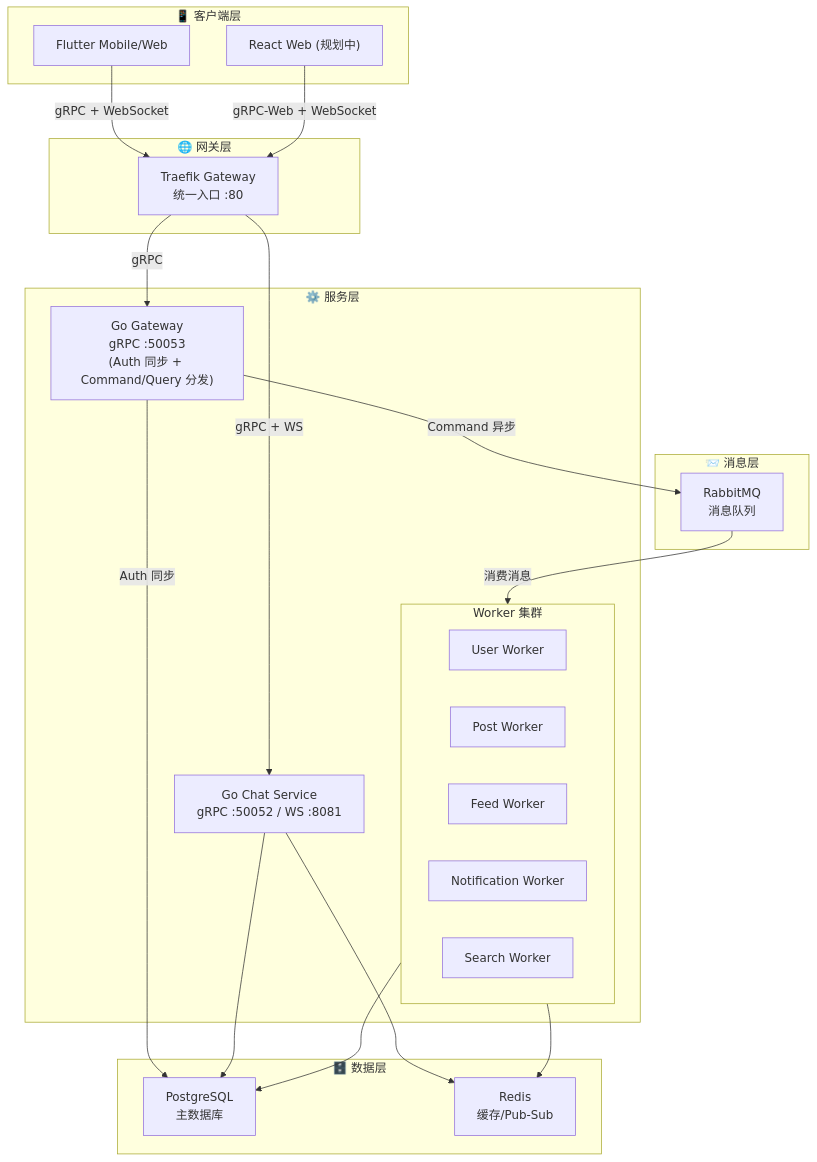
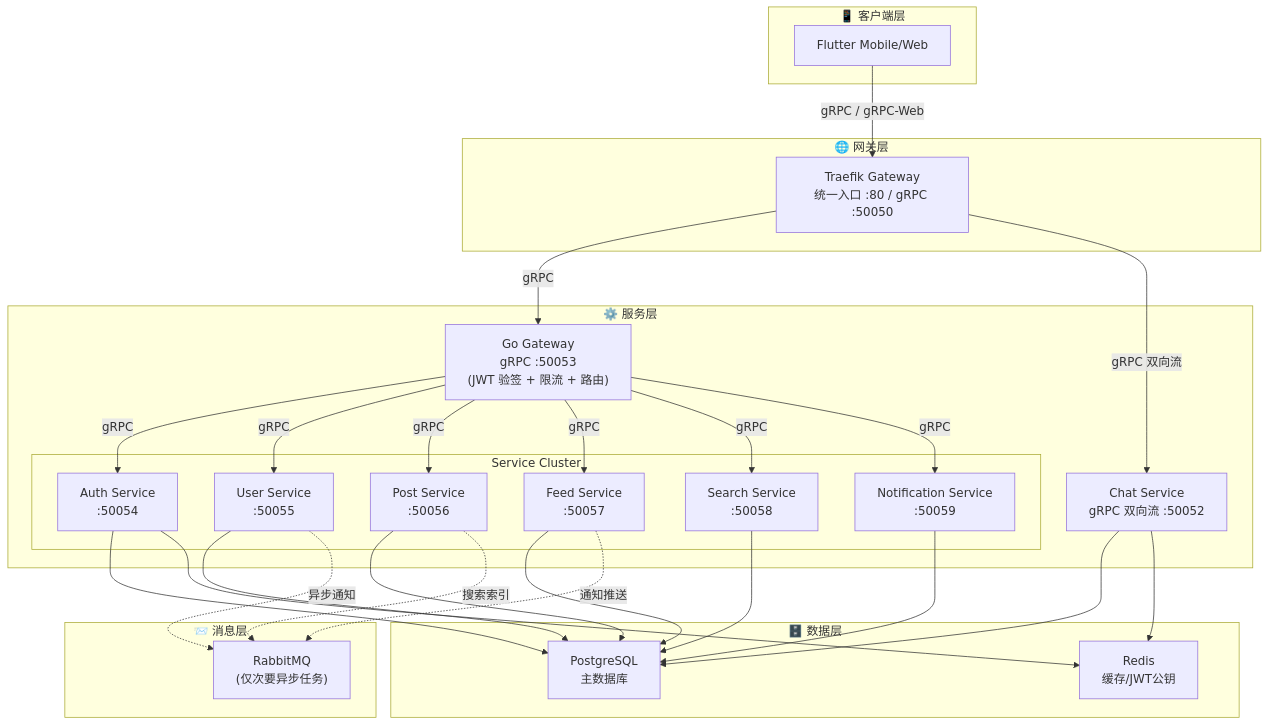
The first of 3 diagrams in docs/架构梳理.md (funcdfs/lesser), drawn with Mermaid before and after one commit. The commit also changed other lines of this file and 200 other files, not shown here.

````diff
--- a/docs/架构梳理.md
+++ b/docs/架构梳理.md
@@ -21,49 +24,61 @@
 ```mermaid
 graph TB
     subgraph 客户端层["📱 客户端层"]
         Flutter["Flutter Mobile/Web"]
-        React["React Web (规划中)"]
     end
 
     subgraph 网关层["🌐 网关层"]
-        Traefik["Traefik Gateway<br/>统一入口 :80"]
+        Traefik["Traefik Gateway<br/>统一入口 :80 / gRPC :50050"]
     end
 
     subgraph 服务层["⚙️ 服务层"]
-        Gateway["Go Gateway<br/>gRPC :50053<br/>(Auth 同步 + Command/Query 分发)"]
-        Chat["Go Chat Service<br/>gRPC :50052 / WS :8081"]
+        Gateway["Go Gateway<br/>gRPC :50053<br/>(JWT 验签 + 限流 + 路由)"]
         
-        subgraph Workers["Worker 集群"]
-            UserWorker["User Worker"]
-            PostWorker["Post Worker"]
-            FeedWorker["Feed Worker"]
-            NotifWorker["Notification Worker"]
-            SearchWorker["Search Worker"]
+        subgraph ServiceCluster["Service Cluster"]
+            Auth["Auth Service<br/>:50054"]
+            User["User Service<br/>:50055"]
+            Post["Post Service<br/>:50056"]
+            Feed["Feed Service<br/>:50057"]
+            Search["Search Service<br/>:50058"]
+            Notification["Notification Service<br/>:50059"]
         end
+        
+        Chat["Chat Service<br/>gRPC 双向流 :50052"]
     end
 
     subgraph 消息层["📨 消息层"]
-        RabbitMQ["RabbitMQ<br/>消息队列"]
+        RabbitMQ["RabbitMQ<br/>(仅次要异步任务)"]
     end
 
     subgraph 数据层["🗄️ 数据层"]
         Postgres["PostgreSQL<br/>主数据库"]
-        Redis["Redis<br/>缓存/Pub-Sub"]
+        Redis["Redis<br/>缓存/JWT公钥"]
     end
 
-    Flutter -->|gRPC + WebSocket| Traefik
-    React -->|gRPC-Web + WebSocket| Traefik
+    Flutter -->|gRPC / gRPC-Web| Traefik
     
     Traefik -->|gRPC| Gateway
-    Traefik -->|gRPC + WS| Chat
+    Traefik -->|gRPC 双向流| Chat
     
-    Gateway -->|Auth 同步| Postgres
-    Gateway -->|Command 异步| RabbitMQ
-    RabbitMQ -->|消费消息| Workers
+    Gateway -->|gRPC| Auth
+    Gateway -->|gRPC| User
+    Gateway -->|gRPC| Post
+    Gateway -->|gRPC| Feed
+    Gateway -->|gRPC| Search
+    Gateway -->|gRPC| Notification
     
-    Workers --> Postgres
-    Workers --> Redis
+    Auth --> Postgres
+    Auth --> Redis
+    User --> Postgres
+    Post --> Postgres
+    Feed --> Postgres
+    Search --> Postgres
+    Notification --> Postgres
+    
+    User -.->|异步通知| RabbitMQ
+    Post -.->|搜索索引| RabbitMQ
+    Feed -.->|通知推送| RabbitMQ
     
     Chat --> Postgres
     Chat --> Redis
 ```
````
